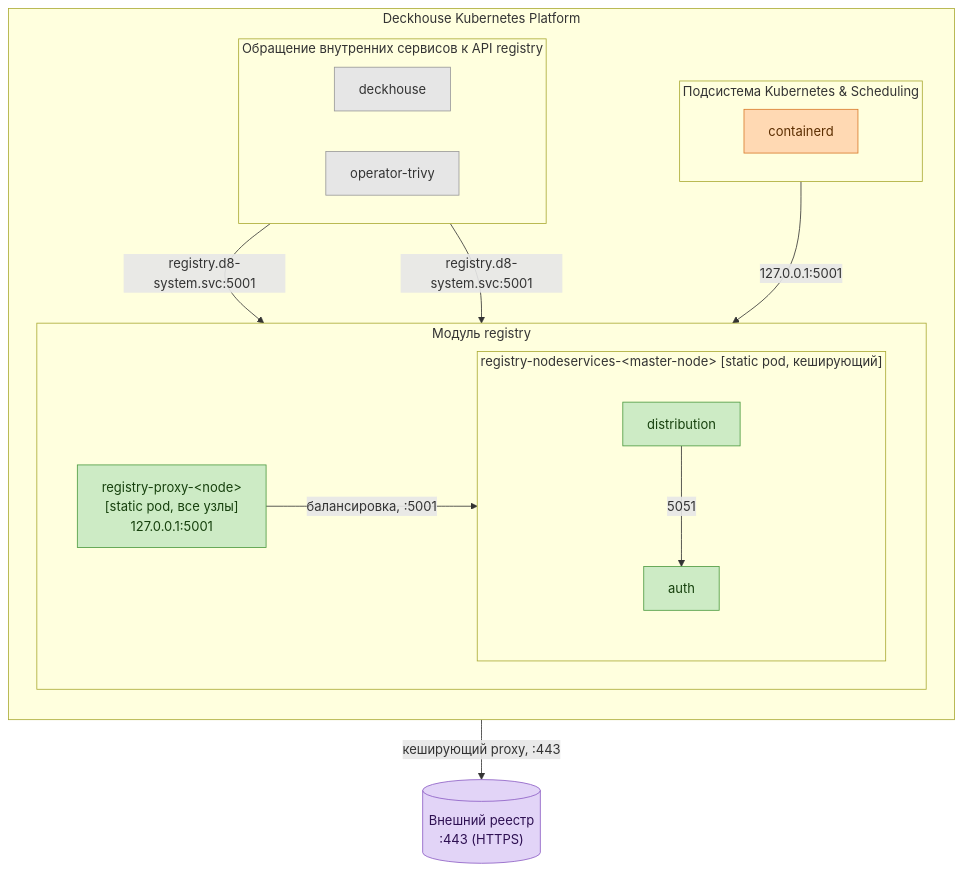
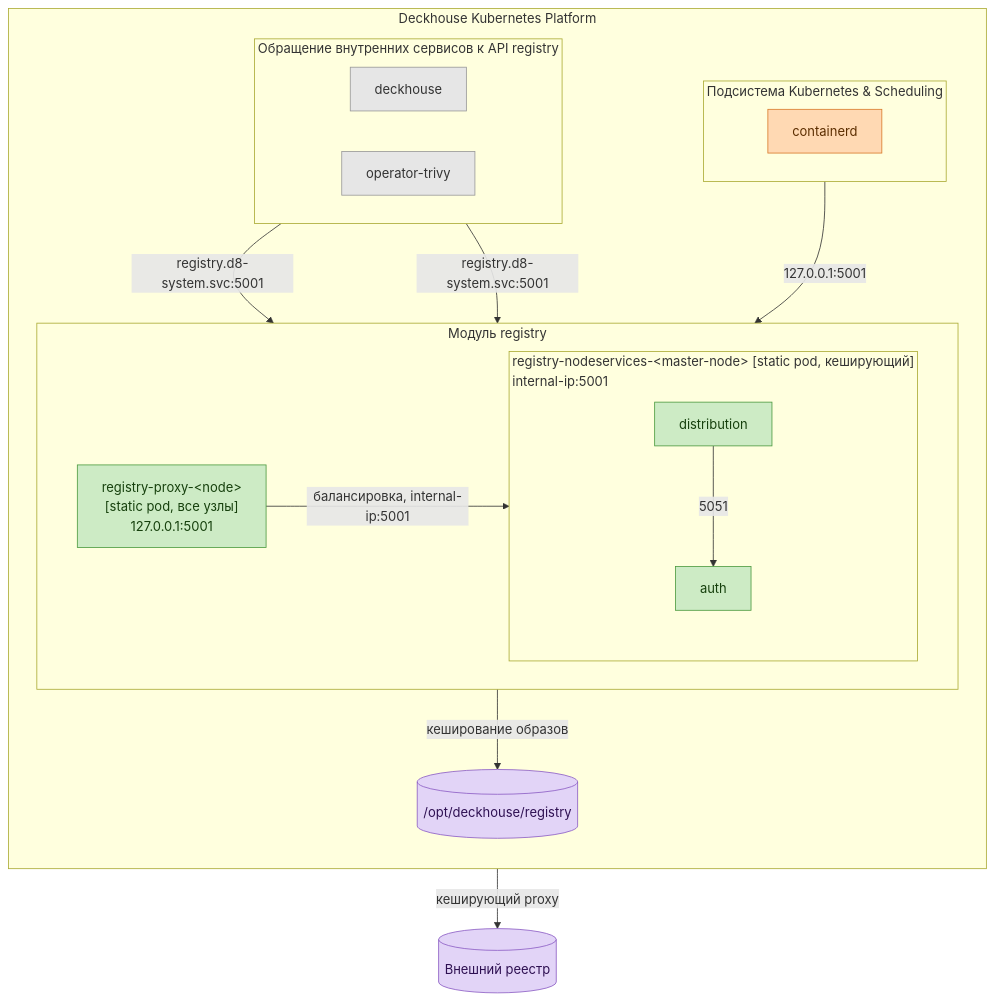
Before and after one commit to deckhouse/deckhouse: the ninth of 11 diagrams in modules/038-registry/docs/internal/ARCHITECTURE.md, drawn with Mermaid. The commit also changed other lines of this file, not shown here.

````diff
--- a/modules/038-registry/docs/internal/ARCHITECTURE.md
+++ b/modules/038-registry/docs/internal/ARCHITECTURE.md
@@ -432,52 +432,57 @@
 ```mermaid
 flowchart TB
-  ImageRegistry[("Внешний реестр<br/>:443 (HTTPS)")]
+  ImageRegistry[("Внешний реестр")]
 
   subgraph DKP["Deckhouse Kubernetes Platform"]
     direction TB
 
     subgraph K8S["Подсистема Kubernetes & Scheduling"]
       direction LR
       Containerd["containerd"]
     end
 
     subgraph InternalRegistryClients["Обращение внутренних сервисов к API registry"]
       direction LR
       Deckhouse["deckhouse"]
       OperatorTrivy["operator-trivy"]
     end
 
     subgraph RegistryModule["Модуль registry"]
       direction LR
 
       RegistryProxy["registry-proxy-&lt;node&gt;<br/>[static pod, все узлы]<br/>127.0.0.1:5001"]
 
-      subgraph RegistryNodeservicesStaticPod["registry-nodeservices-&lt;master-node&gt; [static pod, кеширующий]"]
+      subgraph RegistryNodeservicesStaticPod["registry-nodeservices-&lt;master-node&gt; [static pod, кеширующий]<br/>internal-ip:5001"]
         direction TB
         Distribution["distribution"]
         Auth["auth"]
       end
     end
+
+    RegistryStorage[("/opt/deckhouse/registry")]
   end
 
   Containerd -->|"127.0.0.1:5001"| RegistryProxy
 
-  RegistryProxy -->|"балансировка, :5001"| Distribution
+  RegistryProxy -->|"балансировка, internal-ip:5001"| Distribution
 
   Deckhouse -->|"registry.d8-system.svc:5001"| Distribution
 
   OperatorTrivy -->|"registry.d8-system.svc:5001"| Distribution
 
   Distribution -->|"5051"| Auth
 
-  Distribution -->|"кеширующий proxy, :443"| ImageRegistry
+  Distribution -->|"кеширование образов"| RegistryStorage
+
+  Distribution -->|"кеширующий proxy"| ImageRegistry
 
   classDef work fill:#cdebc5,stroke:#4c9a3f,color:#16400d;
   classDef cri fill:#ffd9b3,stroke:#d97a2b,color:#5c2e00;
   classDef ext fill:#e2d4f7,stroke:#8b5cc4,color:#2e1052;
   classDef client fill:#e6e6e6,stroke:#999,color:#333;
   class RegistryProxy,Distribution,Auth work;
   class Containerd cri;
   class Deckhouse,OperatorTrivy client;
+  class RegistryStorage ext;
   class ImageRegistry ext;
 ```
````
